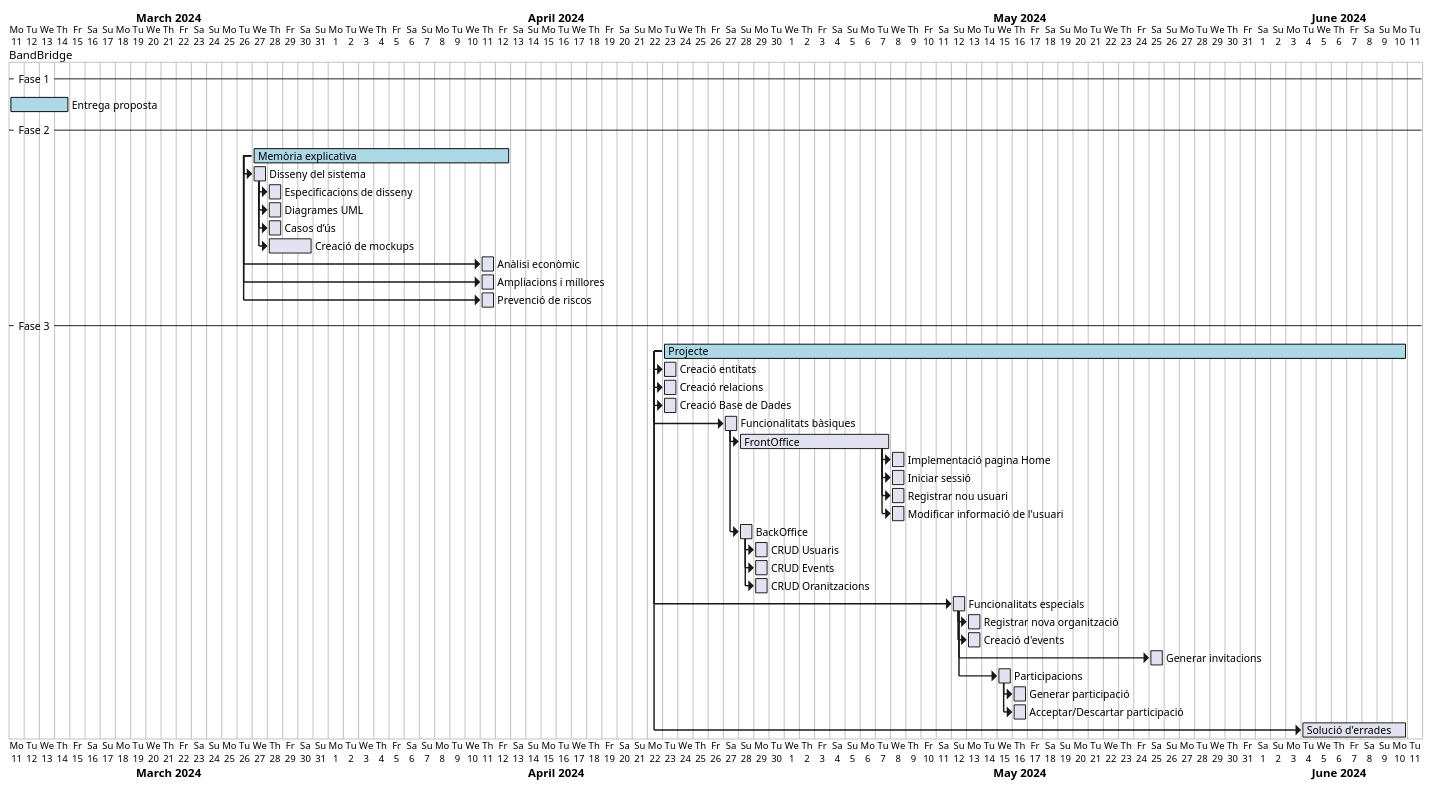
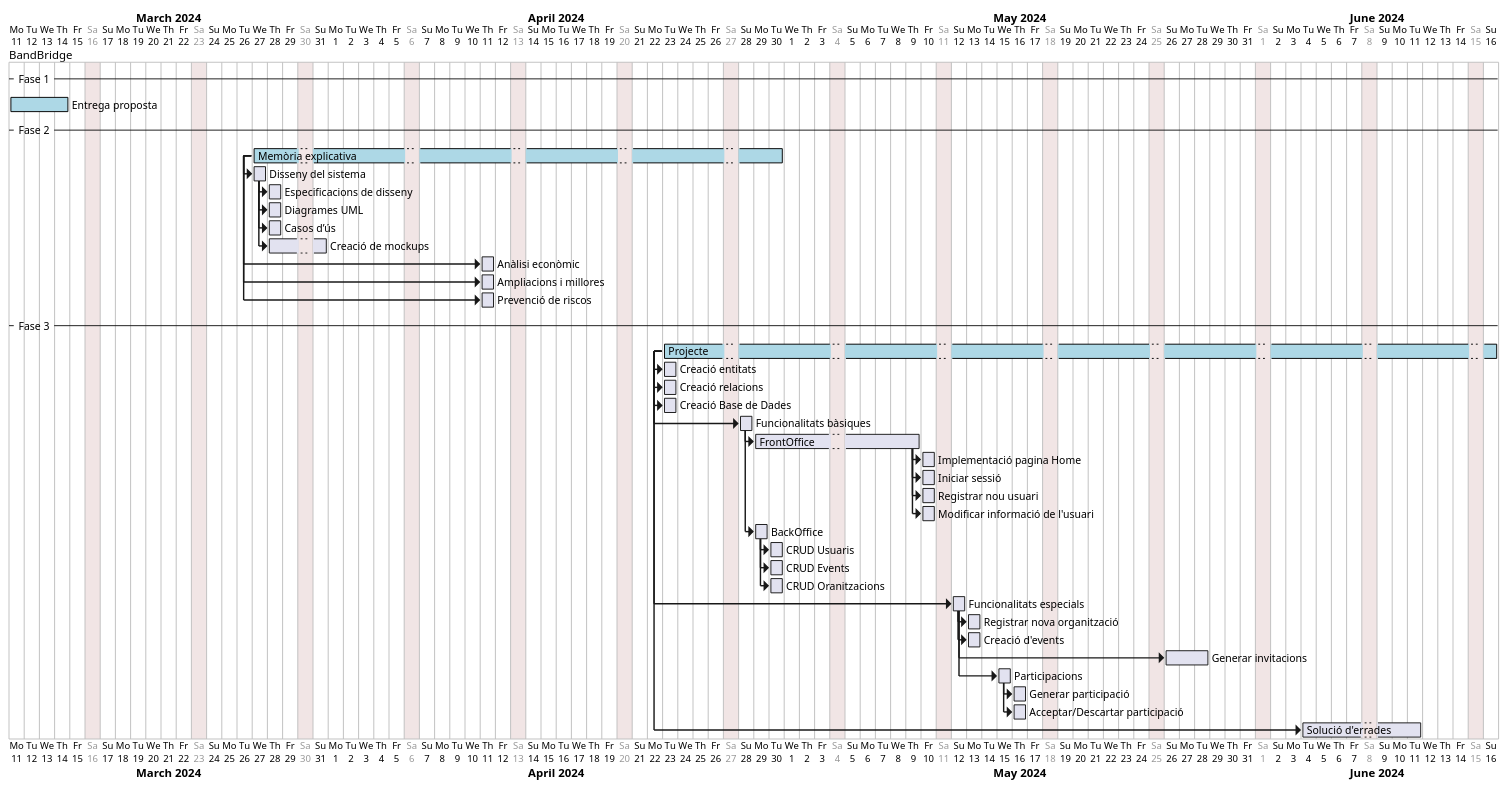
One commit to Josep02/BandBridge changed the diagram in docs/planificacio.puml. Above: the diagram before and after it, drawn with PlantUML.

Commit message:
Diagrama de Grantt

```diff
--- a/docs/planificacio.puml
+++ b/docs/planificacio.puml
@@ -1,140 +1,142 @@
 @startgantt
 Project starts the 11 of March 2024
+
+saturday are closed
 
 -- Fase 1 --
 
 [Entrega proposta] requires 4 day
 [Entrega proposta] starts 2024-03-11
 [Entrega proposta] is colored in LightBlue/Black
 
 -- Fase 2 --
 
-[Memòria explicativa] requires 17 day
+[Memòria explicativa] requires 30 day
 [Memòria explicativa] starts 2024-03-27
 [Memòria explicativa] is colored in LightBlue/Black
 
 [Disseny del sistema] requires 1 day
 [Disseny del sistema] starts 2024-03-27
 [Disseny del sistema] starts at [Memòria explicativa]'s start
 
 [Especificacions de disseny] requires 1 day
 [Especificacions de disseny] starts 2024-03-27
 [Especificacions de disseny] starts at [Disseny del sistema]'s end
 
 [Diagrames UML] requires 1 day
 [Diagrames UML] starts 2024-03-27
 [Diagrames UML] starts at [Disseny del sistema]'s end
 
 [Casos d’ús] requires 1 day
 [Casos d’ús] starts 2024-03-27
 [Casos d’ús] starts at [Disseny del sistema]'s end
 
 [Creació de mockups] requires 3 day
 [Creació de mockups] starts 2024-03-27
 [Creació de mockups] starts at [Disseny del sistema]'s end
 
 [Anàlisi econòmic] requires 1 day
 [Anàlisi econòmic] starts 2024-04-11
 [Anàlisi econòmic] starts at [Memòria explicativa]'s start
 
 [Ampliacions i millores] requires 1 day
 [Ampliacions i millores] starts 2024-04-11
 [Ampliacions i millores] starts at [Memòria explicativa]'s start
 
 [Prevenció de riscos] requires 1 day
 [Prevenció de riscos] starts 2024-04-11
 [Prevenció de riscos] starts at [Memòria explicativa]'s start
 
 -- Fase 3 --
 
-[Projecte] requires 49 days
+[Projecte] requires 47 days
 [Projecte] starts 2024-04-23
 [Projecte] is colored in LightBlue/Black
 
 [Creació entitats] requires 1 day
 [Creació entitats] starts 2024-04-23
 [Creació entitats] starts at [Projecte]'s start
 
 [Creació relacions] requires 1 day
 [Creació relacions] starts 2024-04-23
 [Creació relacions] starts at [Projecte]'s start
 
 [Creació Base de Dades] requires 1 day
 [Creació Base de Dades] starts 2024-04-23
 [Creació Base de Dades] starts at [Projecte]'s start
 
 
 
 
 [Funcionalitats bàsiques] requires 1 day
 [Funcionalitats bàsiques] starts 2024-04-27
 [Funcionalitats bàsiques] starts at [Projecte]'s start
 
 'Tasques relacionades amb el FrontOffice'
 [FrontOffice] requires 10 day
 [FrontOffice] starts at [Funcionalitats bàsiques]'s end
 
 [Implementació pagina Home] requires 1 day
 [FrontOffice]->[Implementació pagina Home]
 
 [Iniciar sessió] requires 1 day
 [Iniciar sessió] starts at [FrontOffice]'s end
 
 [Registrar nou usuari] requires 1 day
 [Registrar nou usuari] starts 2024-05-2
 [Registrar nou usuari] starts at [FrontOffice]'s end
 
 [Modificar informació de l'usuari] requires 1 day
 [Modificar informació de l'usuari] starts 2024-05-2
 [Modificar informació de l'usuari] starts at [FrontOffice]'s end
 
 
 'Tasques relacionades amb el BackOffice'
 [BackOffice] requires 1 day
 [BackOffice] starts 2024-04-27
 [BackOffice] starts at [Funcionalitats bàsiques]'s end
 
 [CRUD Usuaris] requires 1 day
 [CRUD Usuaris] starts at [BackOffice]'s end
 
 [CRUD Events] requires 1 day
 [CRUD Events] starts at [BackOffice]'s end
 
 [CRUD Oranitzacions] requires 1 day
 [CRUD Oranitzacions] starts at [BackOffice]'s end
 
 
 'Funcionalitats especials del projecte'
 [Funcionalitats especials] requires 1 day
 [Funcionalitats especials] starts 2024-05-12
 [Funcionalitats especials] starts at [Projecte]'s start
 
 [Registrar nova organització] requires 1 day
 [Registrar nova organització] starts at [Funcionalitats especials]'s end
 
 [Creació d'events] requires 1 day
 [Creació d'events] starts at [Funcionalitats especials]'s end
 
-[Generar invitacions] requires 1 day
+[Generar invitacions] requires 3 day
 [Generar invitacions] starts 2024-05-25
 [Generar invitacions] starts at [Funcionalitats especials]'s end
 
 
 [Participacions] requires 1 day
 [Participacions] starts 2024-05-15
 [Participacions] starts at [Funcionalitats especials]'s end
 
 [Generar participació] requires 1 day
 [Generar participació] starts at [Participacions]'s end
 
 [Acceptar/Descartar participació] requires 1 day
 [Acceptar/Descartar participació] starts at [Participacions]'s end
 
 
 
 [Solució d'errades] requires 7 day
 [Solució d'errades] starts 2024-06-4
 [Solució d'errades] starts at [Projecte]'s start
 
-2024-03-11 to 2024-06-11 are named [BandBridge]
+2024-03-11 to 2024-06-16 are named [BandBridge]
 @endgantt
```
